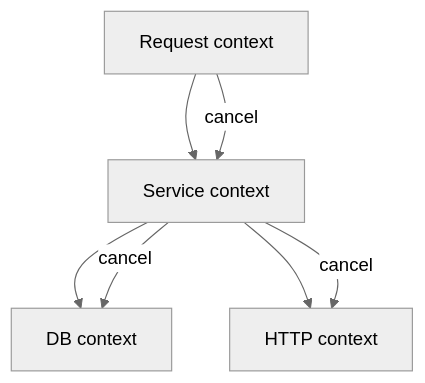
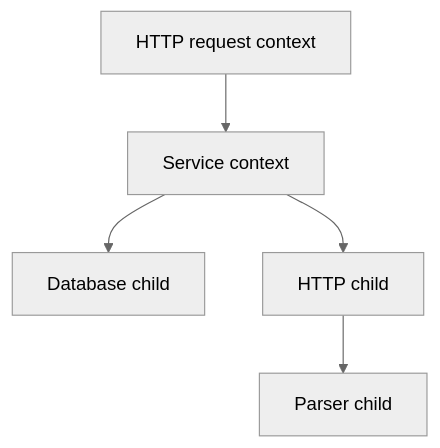
Before and after one commit to HuyNguyen-FinX/Try_Hard: the diagram in golang/05-context/context-basics.md, drawn with Mermaid (neutral theme). The commit also changed other lines of this file and 241 other files, not shown here.

````diff
--- a/golang/05-context/context-basics.md
+++ b/golang/05-context/context-basics.md
@@ -9,9 +49,7 @@
 ```mermaid
 flowchart TD
-    R[Request context] --> S[Service context]
-    S --> D[DB context]
-    S --> H[HTTP context]
-    R -->|cancel| S
-    S -->|cancel| D
-    S -->|cancel| H
+    R[HTTP request context] --> S[Service context]
+    S --> D[Database child]
+    S --> H[HTTP child]
+    H --> P[Parser child]
 ```
````
